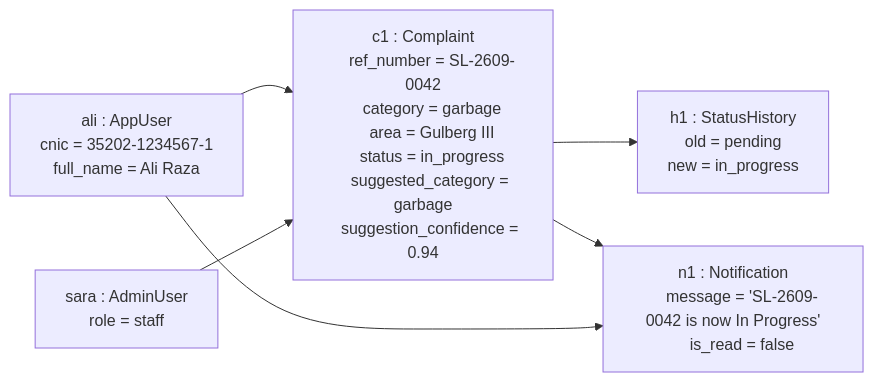
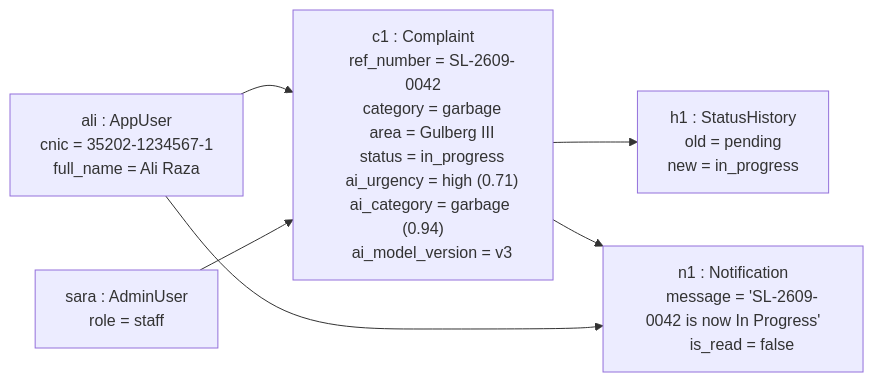
One commit to shehrilink/ShehriLink changed the fourth of 12 diagrams in docs/ShehriLink-Documentation.md. Above: the diagram before and after it, drawn with Mermaid. The commit also changed other lines of this file and 3 other files, not shown here.

````diff
--- a/docs/ShehriLink-Documentation.md
+++ b/docs/ShehriLink-Documentation.md
@@ -487,27 +543,28 @@
 ```mermaid
 flowchart LR
     u1["ali : AppUser
     cnic = 35202-1234567-1
     full_name = Ali Raza"]
     c1["c1 : Complaint
     ref_number = SL-2609-0042
     category = garbage
     area = Gulberg III
     status = in_progress
-    suggested_category = garbage
-    suggestion_confidence = 0.94"]
+    ai_urgency = high (0.71)
+    ai_category = garbage (0.94)
+    ai_model_version = v3"]
     h1["h1 : StatusHistory
     old = pending
     new = in_progress"]
     n1["n1 : Notification
     message = 'SL-2609-0042 is now In Progress'
     is_read = false"]
     admin1["sara : AdminUser
     role = staff"]
 
     u1 --> c1
     c1 --> h1
     c1 --> n1
     u1 --> n1
     admin1 --> c1
 ```
````
